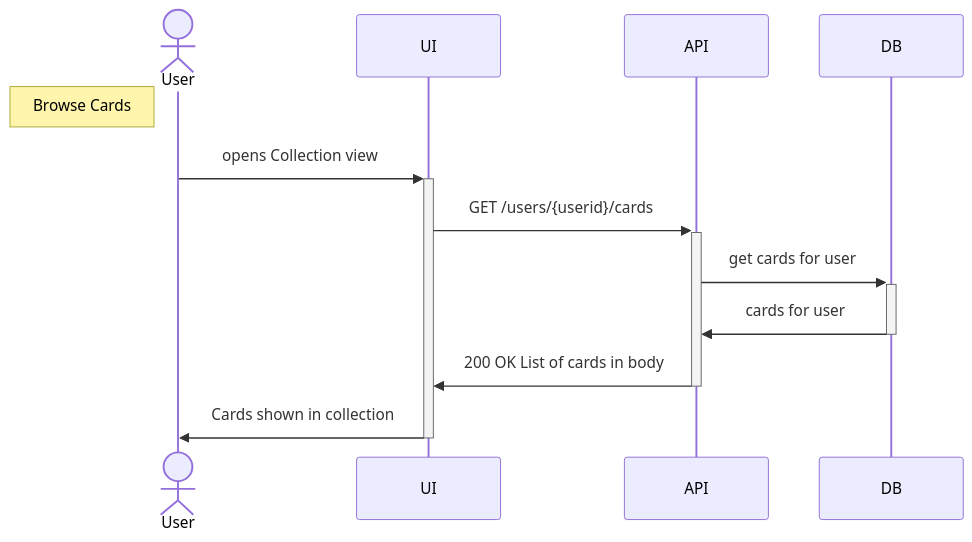
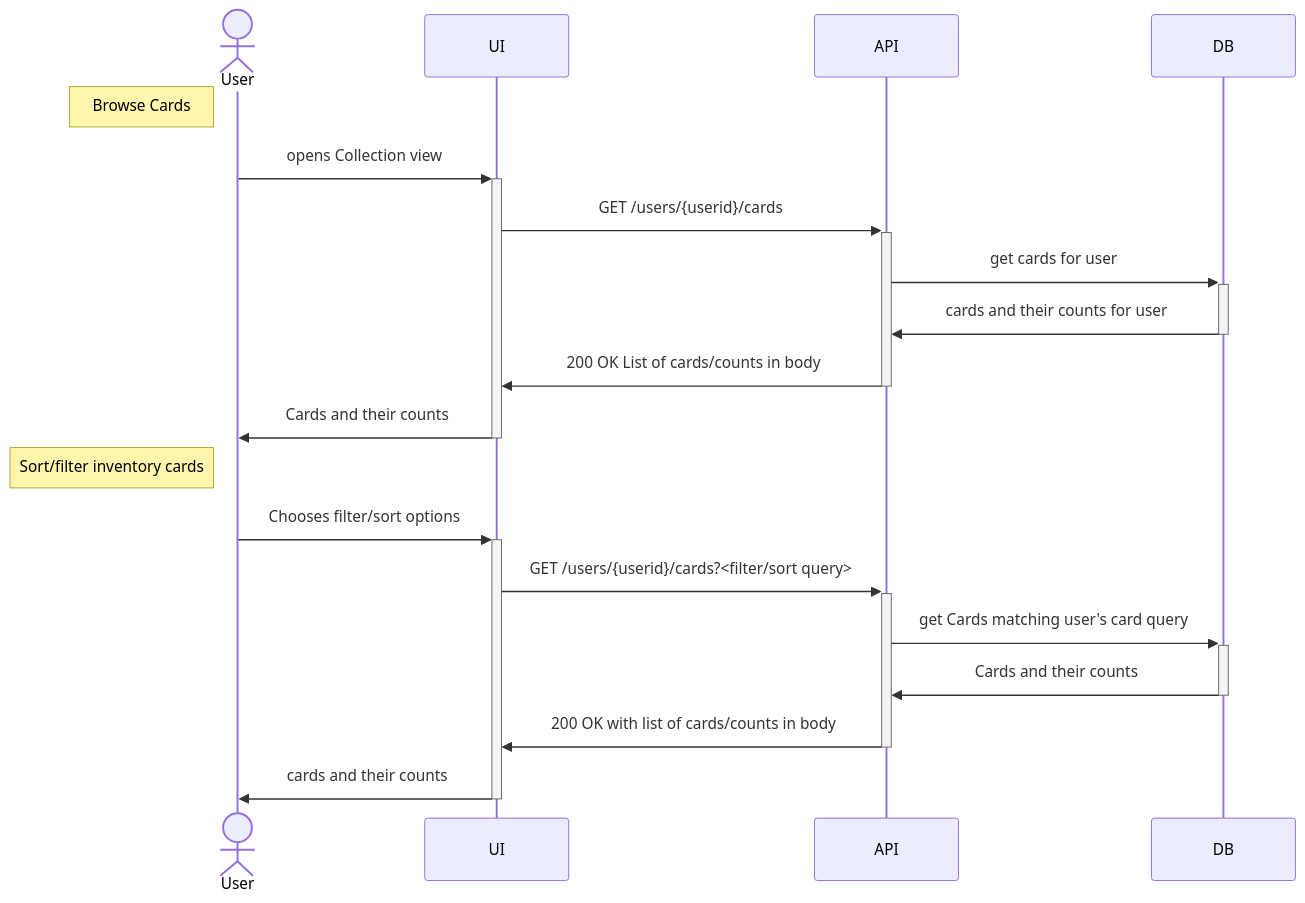
The diagram in Documents/SequenceDiagrams/Cards.md (InternetEnemies/CombatCritters), drawn with Mermaid before and after one commit.

Commit message:
filter cards

````diff
--- a/Documents/SequenceDiagrams/Cards.md
+++ b/Documents/SequenceDiagrams/Cards.md
@@ -2,15 +2,23 @@
 ```mermaid
 sequenceDiagram
 actor User
 participant UI
 participant API
 participant DB
 
 note left of User: Browse Cards
     User->>+UI: opens Collection view
     UI->>+API: GET /users/{userid}/cards
     API->>+DB: get cards for user
-    DB->>-API: cards for user
-    API->>-UI: 200 OK List of cards in body
-    UI->>-User: Cards shown in collection
+    DB->>-API: cards and their counts for user
+    API->>-UI: 200 OK List of cards/counts in body
+    UI->>-User: Cards and their counts 
+
+note left of User: Sort/filter inventory cards
+    User->>+UI: Chooses filter/sort options
+    UI->>+API: GET /users/{userid}/cards?<filter/sort query>
+    API->>+DB: get Cards matching user's card query
+    DB->>-API: Cards and their counts
+    API->>-UI: 200 OK with list of cards/counts in body
+    UI->>-User: cards and their counts 
 ```
````
